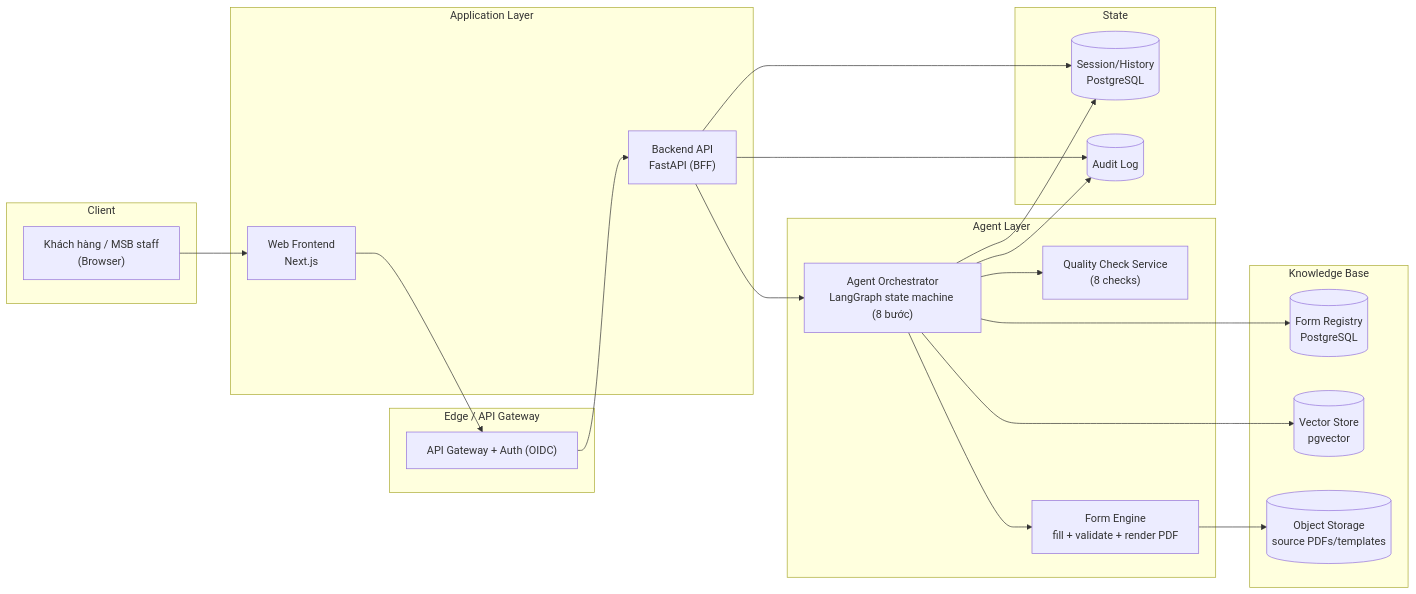
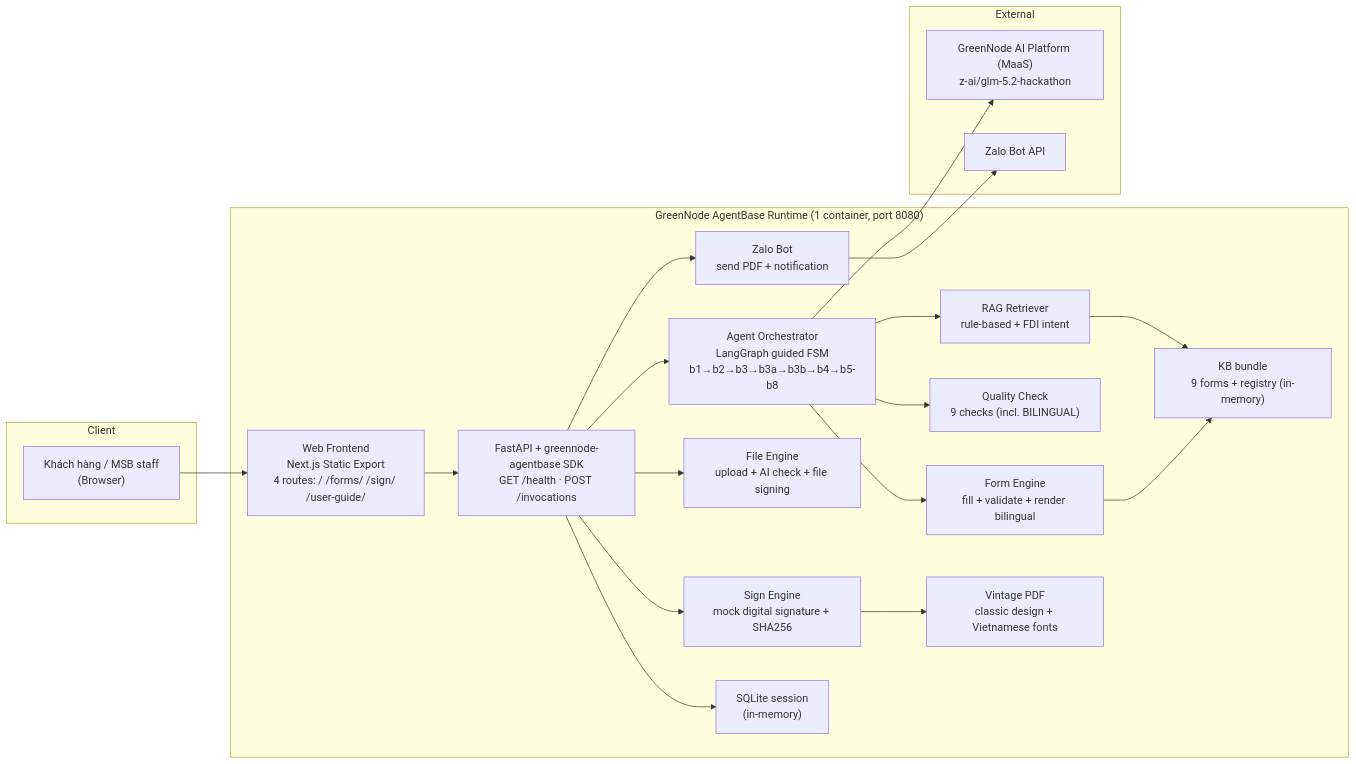
One commit to trungnguyen950/AILaSP_hackathonMSB changed the first of 4 diagrams in docs/02-architecture.md. Above: the diagram before and after it, drawn with Mermaid. The commit also changed other lines of this file and 4 other files, not shown here.

Commit message:
docs: update all SAD docs to reflect actual v1.0 state (6 personas, 9 forms, guided flow, /forms /sign /user-guide, Zalo bot, bilingual, session isolation, vintage PDF)

````diff
--- a/docs/02-architecture.md
+++ b/docs/02-architecture.md
@@ -11,42 +11,39 @@
 ```mermaid
 flowchart LR
   subgraph Client["Client"]
     U["Khách hàng / MSB staff<br/>(Browser)"]
   end
 
-  subgraph Edge["Edge / API Gateway"]
-    GW["API Gateway + Auth (OIDC)"]
+  subgraph AgentBase["GreenNode AgentBase Runtime (1 container, port 8080)"]
+    FE["Web Frontend<br/>Next.js Static Export<br/>4 routes: / /forms/ /sign/ /user-guide/"]
+    APP["FastAPI + greennode-agentbase SDK<br/>GET /health · POST /invocations"]
+    AG["Agent Orchestrator<br/>LangGraph guided FSM<br/>b1→b2→b3→b3a→b3b→b4→b5-b8"]
+    RAG["RAG Retriever<br/>rule-based + FDI intent"]
+    QC["Quality Check<br/>9 checks (incl. BILINGUAL)"]
+    FORM["Form Engine<br/>fill + validate + render bilingual"]
+    SIGN["Sign Engine<br/>mock digital signature + SHA256"]
+    FILE["File Engine<br/>upload + AI check + file signing"]
+    VINT["Vintage PDF<br/>classic design + Vietnamese fonts"]
+    ZALO["Zalo Bot<br/>send PDF + notification"]
+    KB["KB bundle<br/>9 forms + registry (in-memory)"]
+    SES["SQLite session<br/>(in-memory)"]
   end
 
-  subgraph App["Application Layer"]
-    FE["Web Frontend<br/>Next.js"]
-    API["Backend API<br/>FastAPI (BFF)"]
+  subgraph Ext["External"]
+    LLM["GreenNode AI Platform (MaaS)<br/>z-ai/glm-5.2-hackathon"]
+    ZALO_API["Zalo Bot API"]
   end
 
-  subgraph AgentLayer["Agent Layer"]
-    AG["Agent Orchestrator<br/>LangGraph state machine (8 bước)"]
-    QC["Quality Check Service<br/>(8 checks)"]
-    FE2["Form Engine<br/>fill + validate + render PDF"]
-  end
-
-  subgraph KB["Knowledge Base"]
-    REG[("Form Registry<br/>PostgreSQL")]
-    VEC[("Vector Store<br/>pgvector")]
-    DOC[("Object Storage<br/>source PDFs/templates")]
-  end
-
-  subgraph State["State"]
-    SES[("Session/History<br/>PostgreSQL")]
-    AUD[("Audit Log")]
-  end
-
-  U --> FE --> GW --> API
-  API --> AG --> VEC
-  AG --> REG
-  AG --> FE2 --> DOC
+  U --> FE
+  FE --> APP
+  APP --> AG
+  AG --> RAG --> KB
+  AG --> FORM --> KB
   AG --> QC
-  API --> SES
-  AG --> SES
-  API --> AUD
-  AG --> AUD
+  APP --> SIGN
+  APP --> FILE
+  SIGN --> VINT
+  APP --> ZALO --> ZALO_API
+  AG --> LLM
+  APP --> SES
 ```
````
